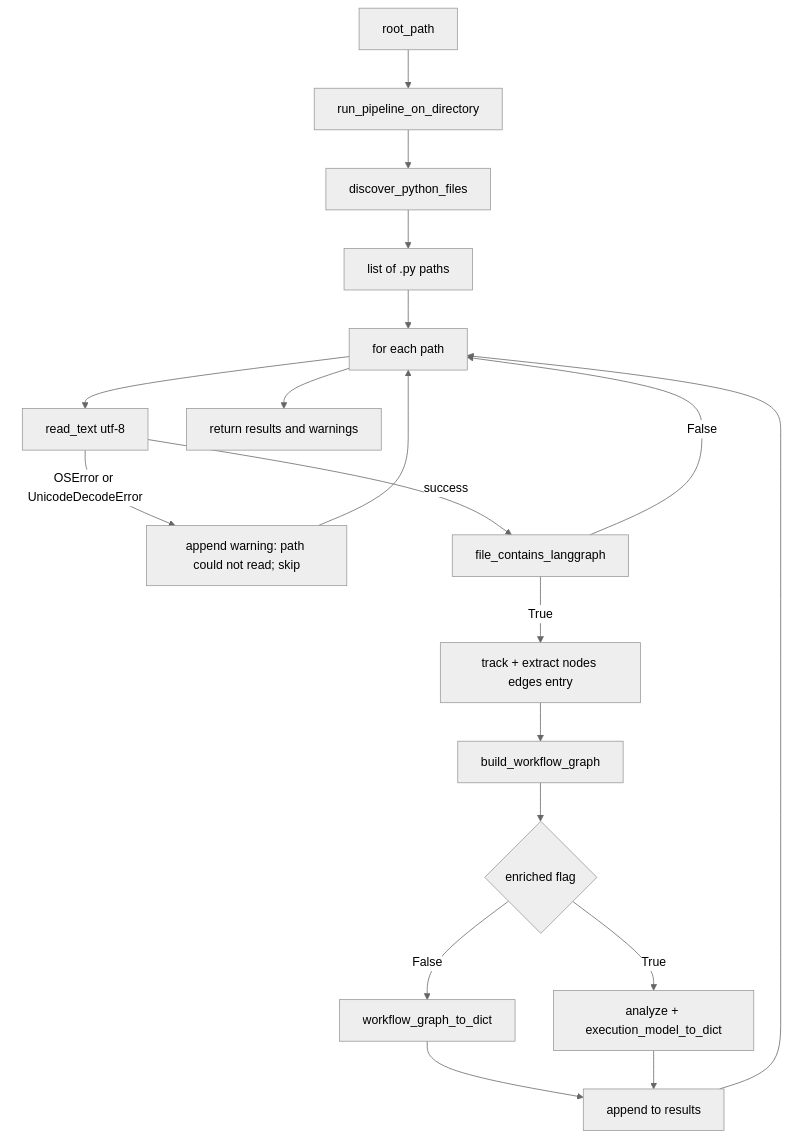
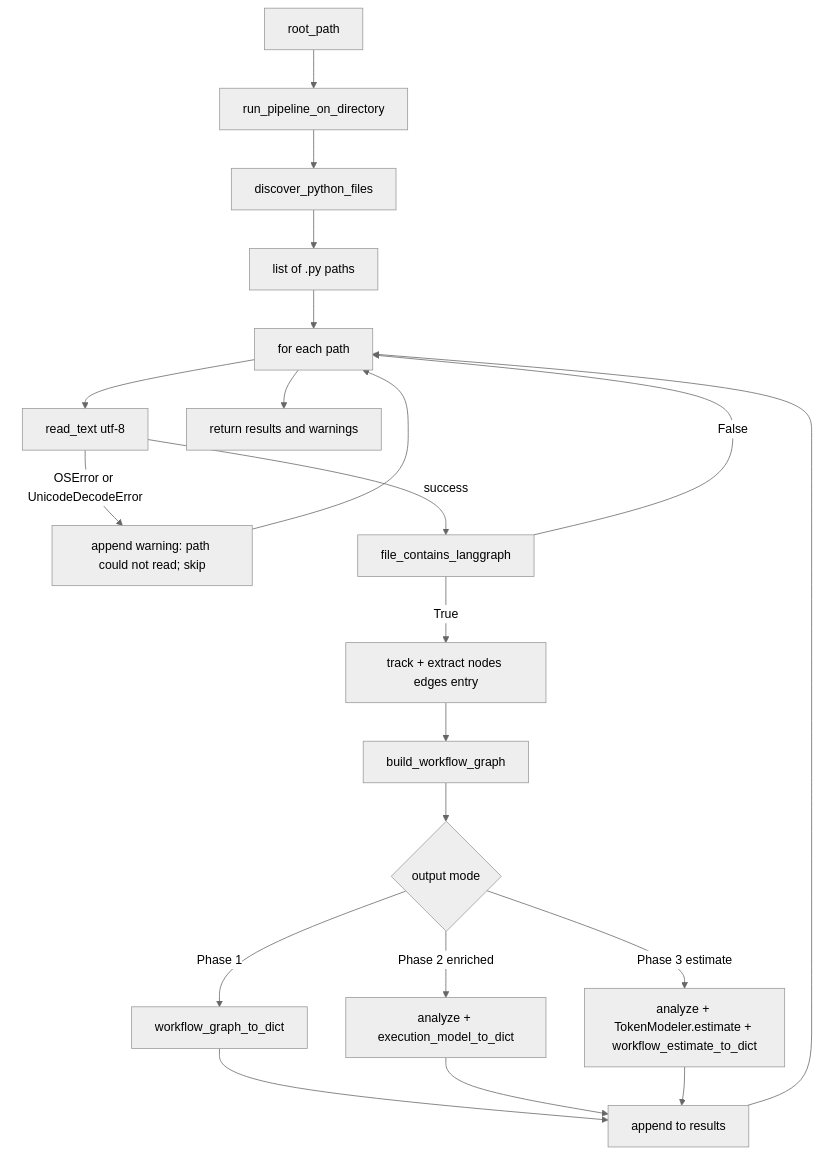
Before and after one commit to xZiro-Lab/Noctyl: the ninth of 22 diagrams in docs/flow-diagrams.md, drawn with Mermaid (neutral theme). The commit also changed other lines of this file and 18 other files, not shown here.

````diff
--- a/docs/flow-diagrams.md
+++ b/docs/flow-diagrams.md
@@ -243,21 +243,23 @@
 ```mermaid
 flowchart TB
   Root[root_path] --> Runner[run_pipeline_on_directory]
   Runner --> Discover[discover_python_files]
   Discover --> Paths[list of .py paths]
   Paths --> Loop[for each path]
   Loop --> Read[read_text utf-8]
   Read -->|OSError or UnicodeDecodeError| WarnSkip["append warning: path could not read; skip"]
   WarnSkip --> Loop
   Read -->|success| HasLangGraph[file_contains_langgraph]
   HasLangGraph -->|False| Loop
   HasLangGraph -->|True| Ingest[track + extract nodes edges entry]
   Ingest --> Build[build_workflow_graph]
-  Build --> Choice{enriched flag}
-  Choice -->|False| Base[workflow_graph_to_dict]
-  Choice -->|True| Analyze[analyze + execution_model_to_dict]
+  Build --> Choice{output mode}
+  Choice -->|Phase 1| Base[workflow_graph_to_dict]
+  Choice -->|Phase 2 enriched| Analyze[analyze + execution_model_to_dict]
+  Choice -->|Phase 3 estimate| AnalyzeEst[analyze + TokenModeler.estimate + workflow_estimate_to_dict]
   Base --> Append[append to results]
   Analyze --> Append
+  AnalyzeEst --> Append
   Append --> Loop
   Loop --> Done[return results and warnings]
 ```
````
